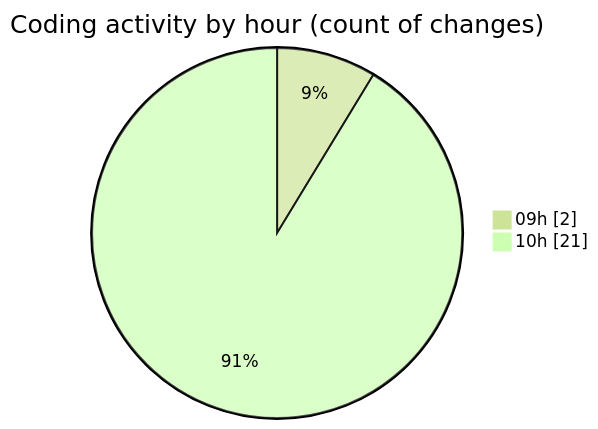
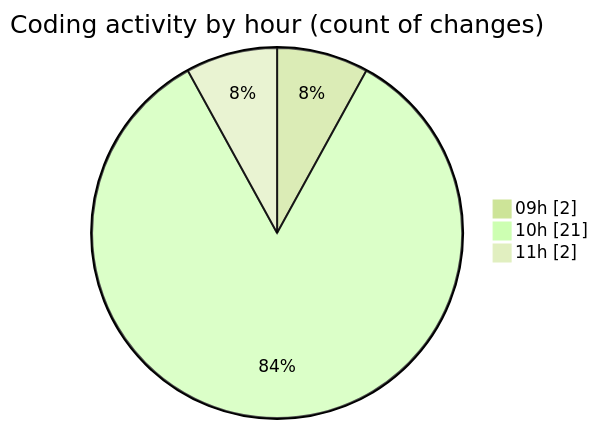
One commit to LanceThiago/code-tracking changed the second of 2 diagrams in 2025-03-27/kml/README.md. Above: the diagram before and after it, drawn with Mermaid (forest theme). The commit also changed other lines of this file and 1 other file, not shown here.

````diff
--- a/2025-03-27/kml/README.md
+++ b/2025-03-27/kml/README.md
@@ -40,6 +40,7 @@
 ```mermaid
 pie showData
 title Coding activity by hour (count of changes)
 "09h" : 2
 "10h" : 21
+"11h" : 2
 ```
````
